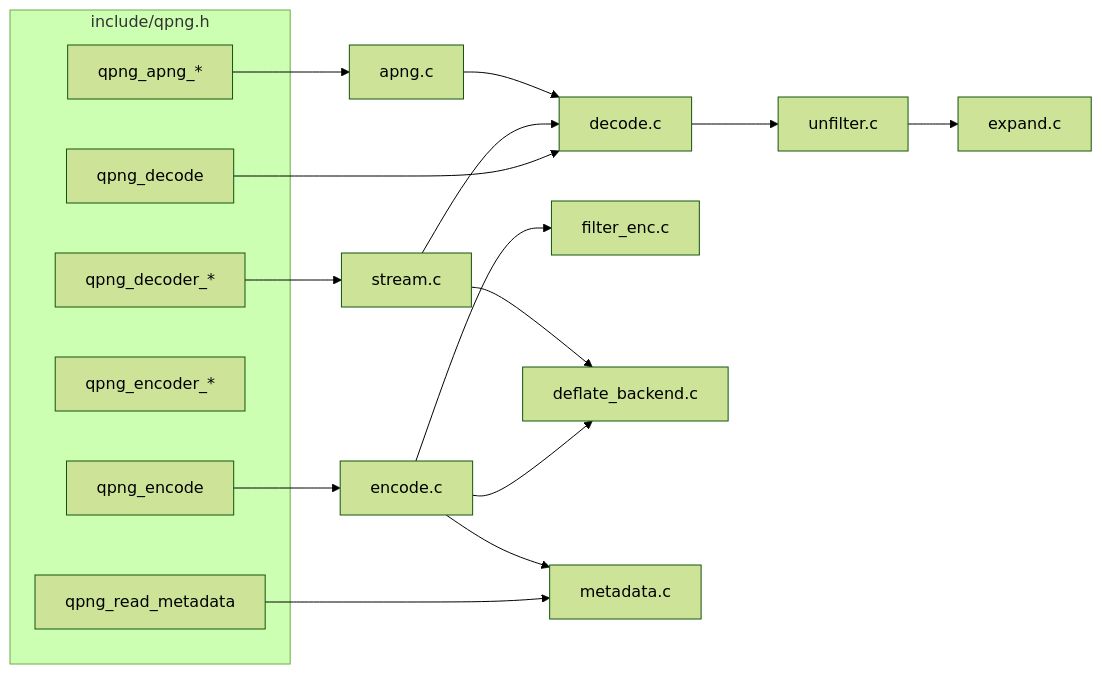
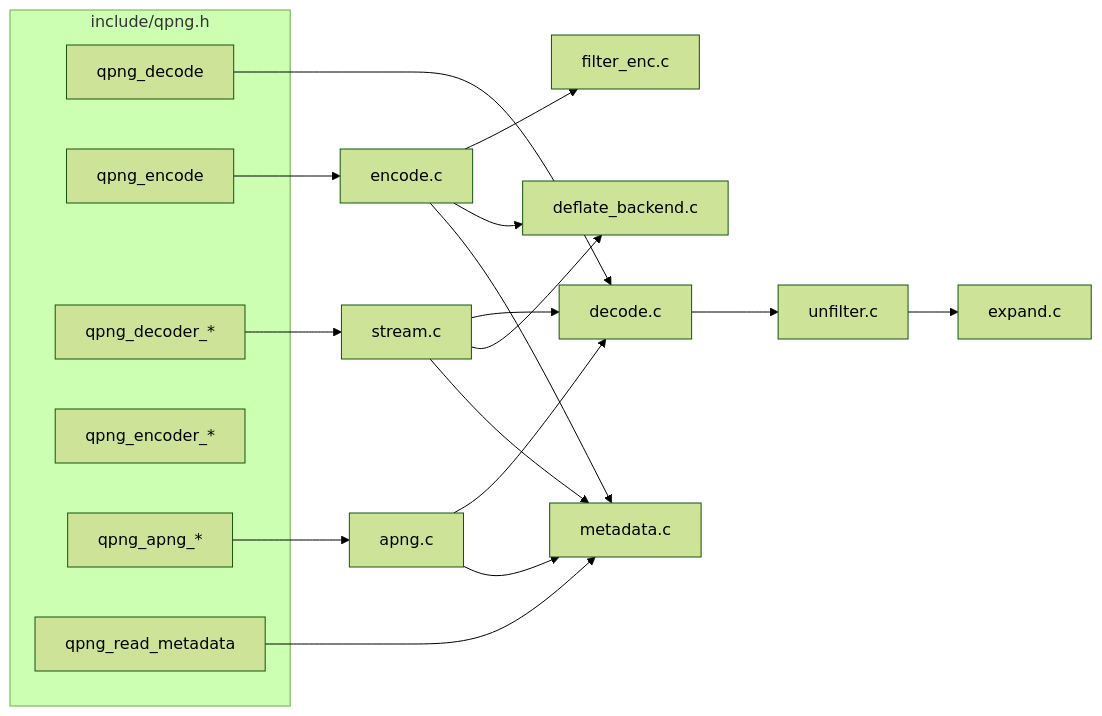
Before and after one commit to zhaob1n/libqpng: the diagram in docs/dev/architecture.md, drawn with Mermaid (forest theme). The commit also changed other lines of this file and 1 other file, not shown here.

Commit message:
docs/dev: shared PNG primitives, -Wconversion, refactor scars
Record where the deduplicated helpers live so the next change reuses
them, that -Wconversion is now on (and how to cast without changing
codegen), and the scars from the modern-C integration: int qpng_zcfg
fields, Paeth operand order, the kept unfilter/expand perf shapes and the
filter < -1 rejection.

````diff
--- a/docs/dev/architecture.md
+++ b/docs/dev/architecture.md
@@ -6,15 +6,17 @@
 ```mermaid
 flowchart LR
   subgraph API["include/qpng.h"]
     D[qpng_decode] ; E[qpng_encode] ; SD[qpng_decoder_*] ; SE[qpng_encoder_*] ; A[qpng_apng_*] ; M[qpng_read_metadata]
   end
   D --> DEC[decode.c]
   SD --> ST[stream.c] --> DEC
   A --> AP[apng.c] --> DEC
   DEC --> UNF[unfilter.c] --> EXP[expand.c]
   E --> ENC[encode.c] --> FE[filter_enc.c]
   ENC --> DB[deflate_backend.c]
   ST --> DB
   M --> META[metadata.c]
   ENC --> META
+  ST --> META
+  AP --> META
 ```
````
